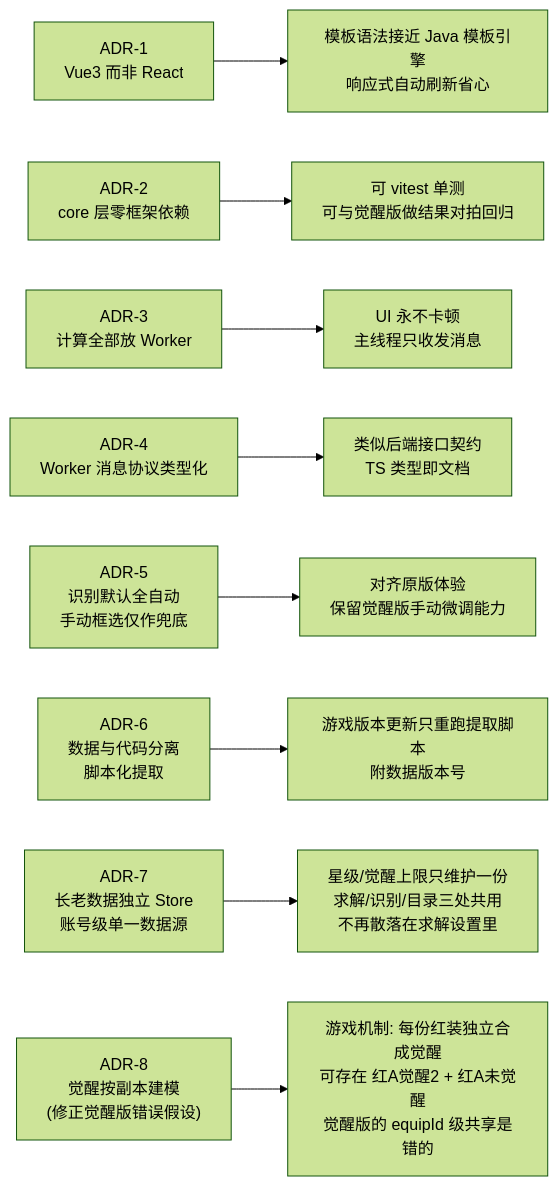
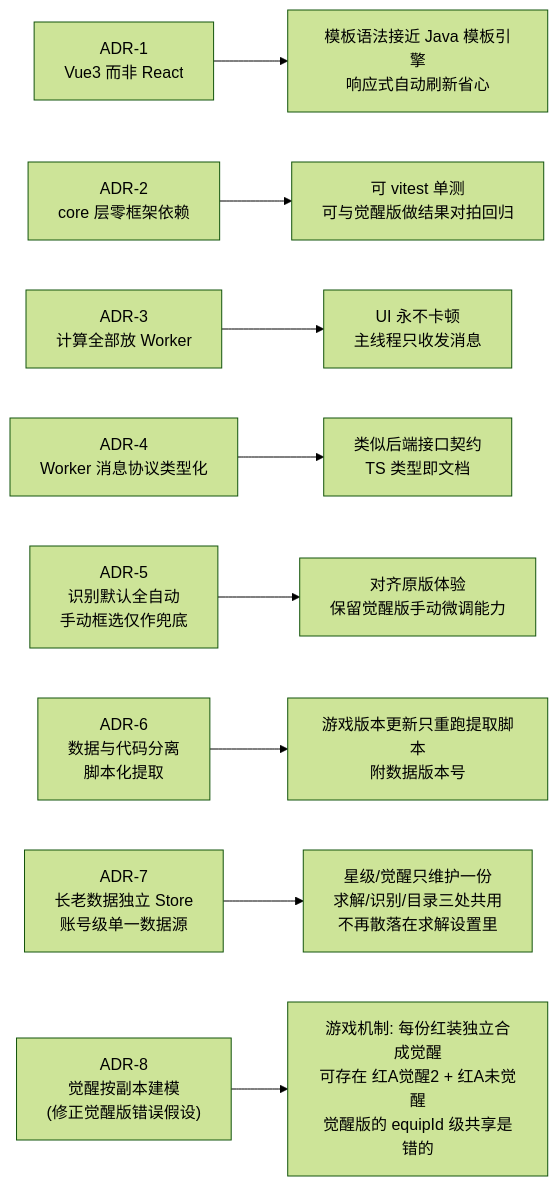
The first of 16 diagrams in docs/architecture.md (ashulin/laozu-solver), drawn with Mermaid (forest theme) before and after one commit. The commit also changed other lines of this file and 20 other files, not shown here.

````diff
--- a/docs/architecture.md
+++ b/docs/architecture.md
@@ -26,11 +26,11 @@
 ```mermaid
 graph LR
     D1["ADR-1<br/>Vue3 而非 React"] --> R1["模板语法接近 Java 模板引擎<br/>响应式自动刷新省心"]
     D2["ADR-2<br/>core 层零框架依赖"] --> R2["可 vitest 单测<br/>可与觉醒版做结果对拍回归"]
     D3["ADR-3<br/>计算全部放 Worker"] --> R3["UI 永不卡顿<br/>主线程只收发消息"]
     D4["ADR-4<br/>Worker 消息协议类型化"] --> R4["类似后端接口契约<br/>TS 类型即文档"]
     D5["ADR-5<br/>识别默认全自动<br/>手动框选仅作兜底"] --> R5["对齐原版体验<br/>保留觉醒版手动微调能力"]
     D6["ADR-6<br/>数据与代码分离<br/>脚本化提取"] --> R6["游戏版本更新只重跑提取脚本<br/>附数据版本号"]
-    D7["ADR-7<br/>长老数据独立 Store<br/>账号级单一数据源"] --> R7["星级/觉醒上限只维护一份<br/>求解/识别/目录三处共用<br/>不再散落在求解设置里"]
+    D7["ADR-7<br/>长老数据独立 Store<br/>账号级单一数据源"] --> R7["星级/觉醒只维护一份<br/>求解/识别/目录三处共用<br/>不再散落在求解设置里"]
     D8["ADR-8<br/>觉醒按副本建模<br/>(修正觉醒版错误假设)"] --> R8["游戏机制: 每份红装独立合成觉醒<br/>可存在 红A觉醒2 + 红A未觉醒<br/>觉醒版的 equipId 级共享是错的"]
 ```
````
